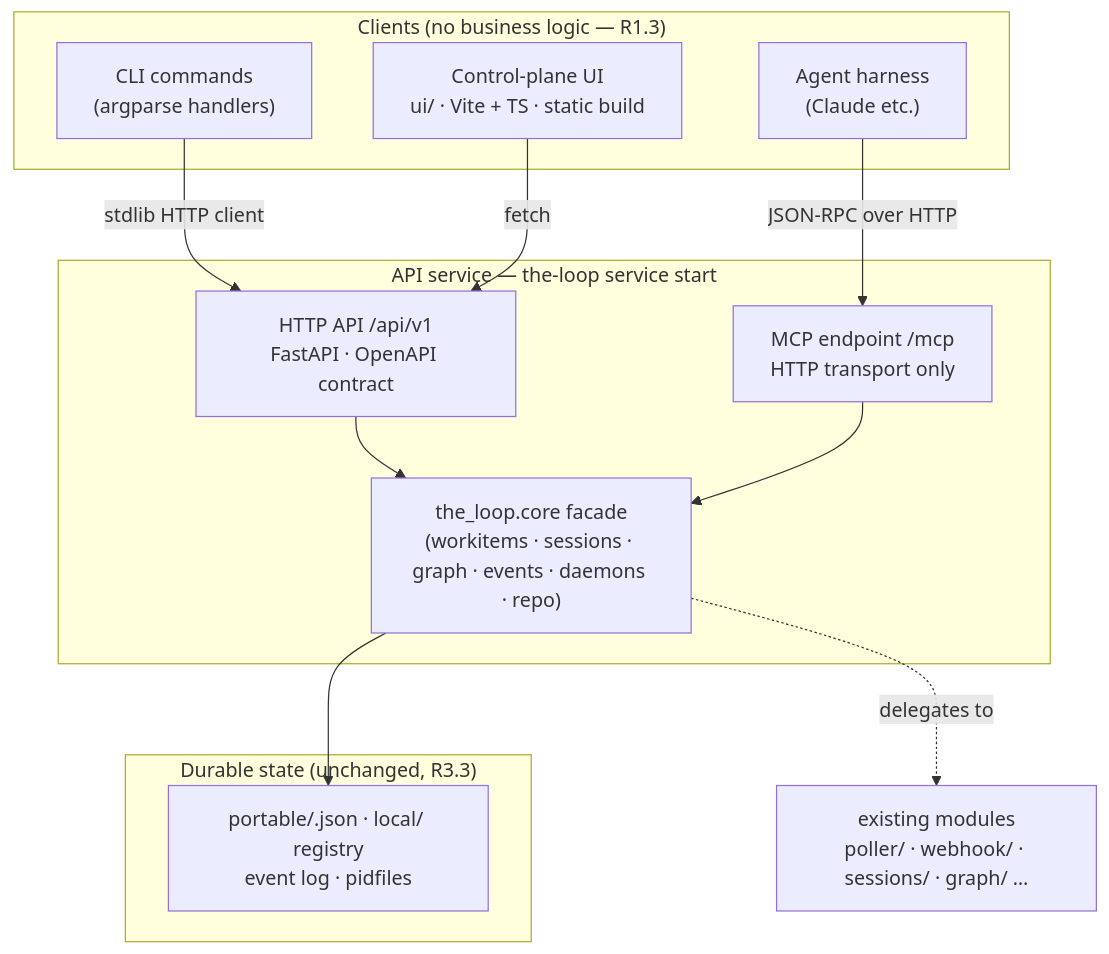
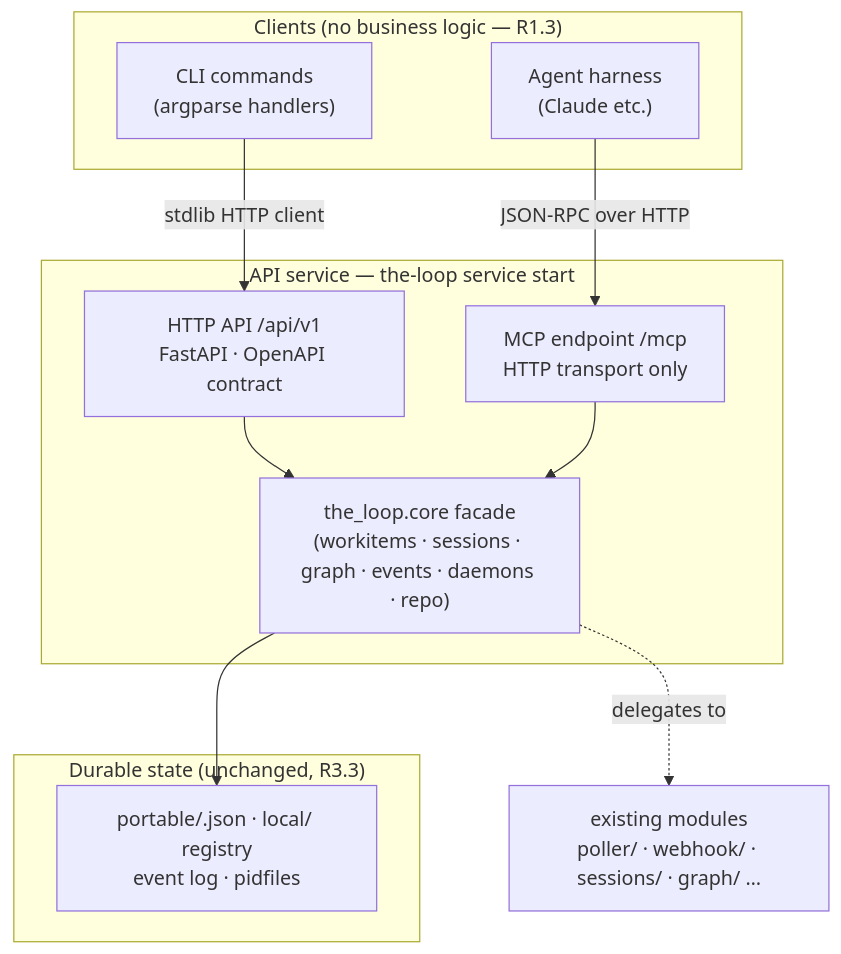
Before and after one commit to MadaraUchiha-314/the-loop: the diagram in docs/specs/issue-161/design.md, drawn with Mermaid. The commit also changed other lines of this file and 27 other files, not shown here.

````diff
--- a/docs/specs/issue-161/design.md
+++ b/docs/specs/issue-161/design.md
@@ -29,23 +29,21 @@
 ```mermaid
 flowchart TD
   subgraph clients["Clients (no business logic — R1.3)"]
     CLI["CLI commands<br/>(argparse handlers)"]
-    UI["Control-plane UI<br/>ui/ · Vite + TS · static build"]
     AGENT["Agent harness<br/>(Claude etc.)"]
   end
   subgraph service["API service — the-loop service start"]
     HTTP["HTTP API /api/v1<br/>FastAPI · OpenAPI contract"]
     MCP["MCP endpoint /mcp<br/>HTTP transport only"]
     CORE["the_loop.core facade<br/>(workitems · sessions · graph · events · daemons · repo)"]
     HTTP --> CORE
     MCP --> CORE
   end
   subgraph state["Durable state (unchanged, R3.3)"]
     STORES["portable/<slug>.json · local/ registry<br/>event log · pidfiles"]
   end
   CLI -->|"stdlib HTTP client"| HTTP
-  UI -->|"fetch"| HTTP
   AGENT -->|"JSON-RPC over HTTP"| MCP
   CORE --> STORES
   CORE -.->|delegates to| EXISTING["existing modules<br/>poller/ · webhook/ · sessions/ · graph/ …"]
 ```
````
